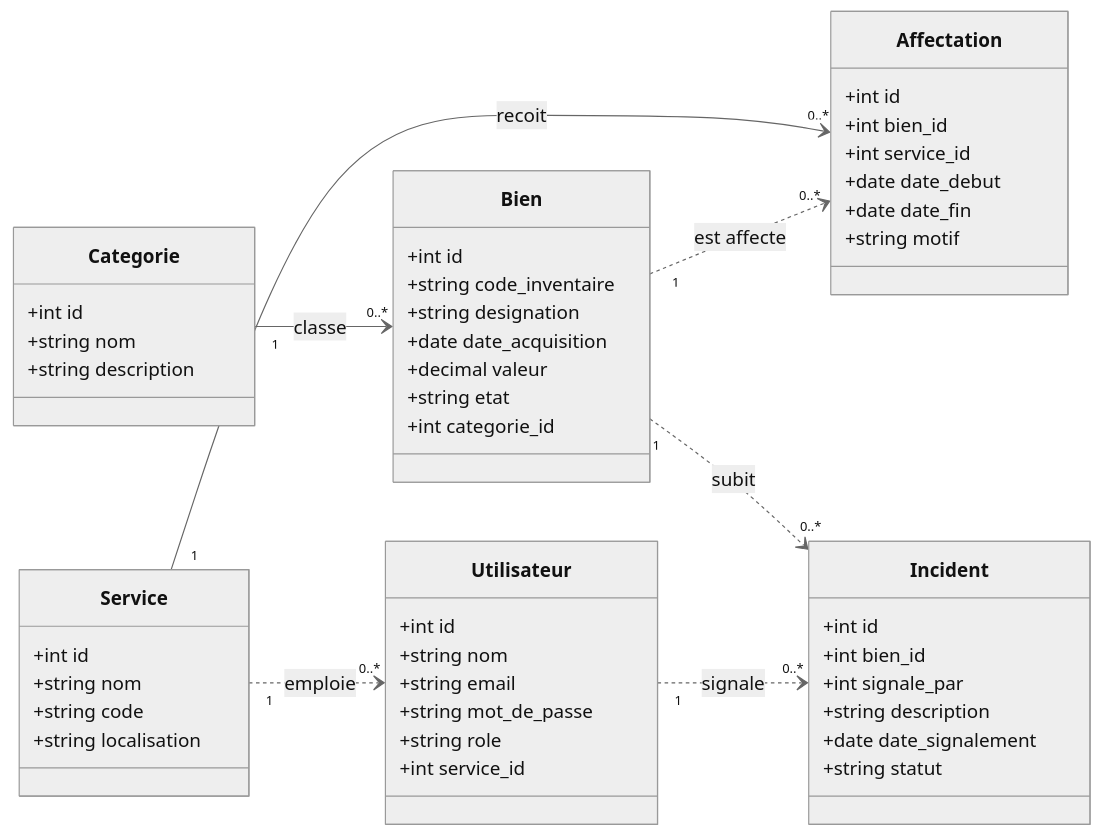
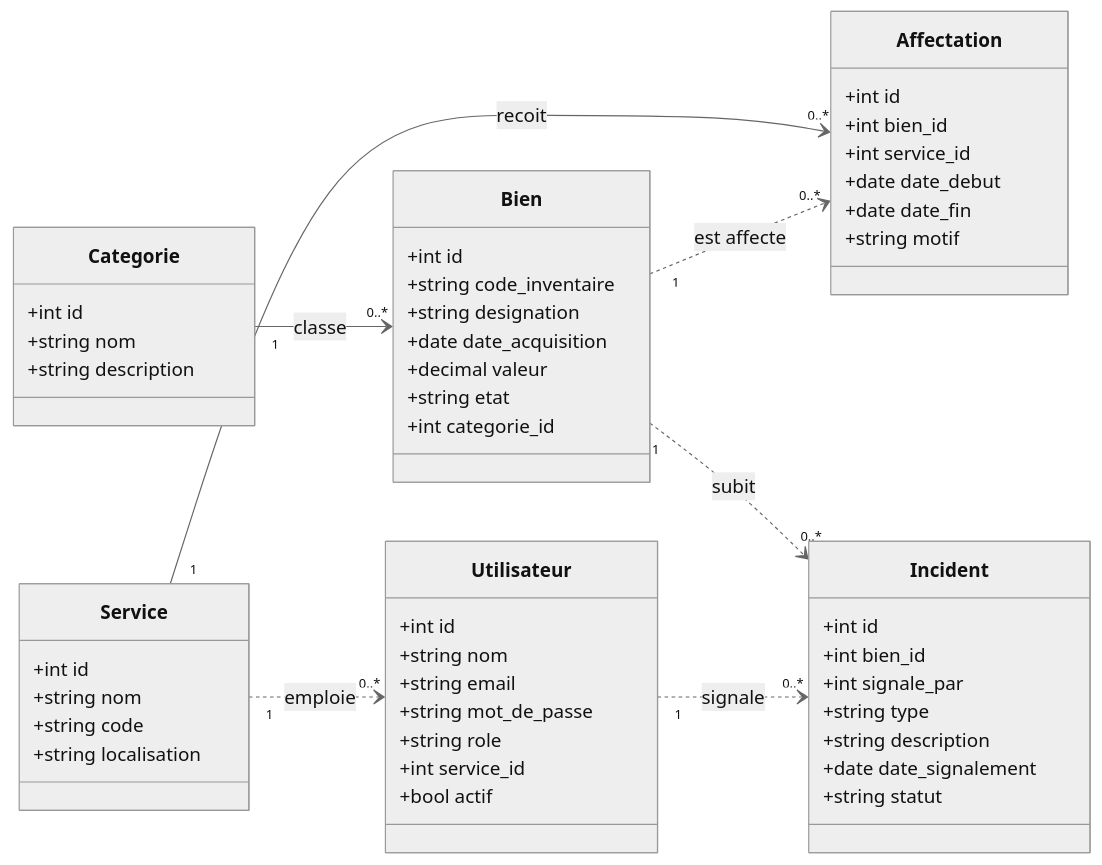
Before and after one commit to adigoufelix-hash/patrimoine-etat: the first of 3 diagrams in docs/UML.md, drawn with Mermaid (neutral theme). The commit also changed other lines of this file and 1 other file, not shown here.

Commit message:
Documentation à jour : incidents, fiche, export, droits, diagrammes UML

````diff
--- a/docs/UML.md
+++ b/docs/UML.md
@@ -15,54 +15,56 @@
 ```mermaid
 classDiagram
 direction LR
 class Utilisateur {
   +int id
   +string nom
   +string email
   +string mot_de_passe
   +string role
   +int service_id
+  +bool actif
 }
 class Categorie {
   +int id
   +string nom
   +string description
 }
 class Bien {
   +int id
   +string code_inventaire
   +string designation
   +date date_acquisition
   +decimal valeur
   +string etat
   +int categorie_id
 }
 class Service {
   +int id
   +string nom
   +string code
   +string localisation
 }
 class Affectation {
   +int id
   +int bien_id
   +int service_id
   +date date_debut
   +date date_fin
   +string motif
 }
 class Incident {
   +int id
   +int bien_id
   +int signale_par
+  +string type
   +string description
   +date date_signalement
   +string statut
 }
 Categorie "1" --> "0..*" Bien : classe
 Service "1" --> "0..*" Affectation : recoit
 Bien "1" ..> "0..*" Affectation : est affecte
 Bien "1" ..> "0..*" Incident : subit
 Utilisateur "1" ..> "0..*" Incident : signale
 Service "1" ..> "0..*" Utilisateur : emploie
 ```
````
